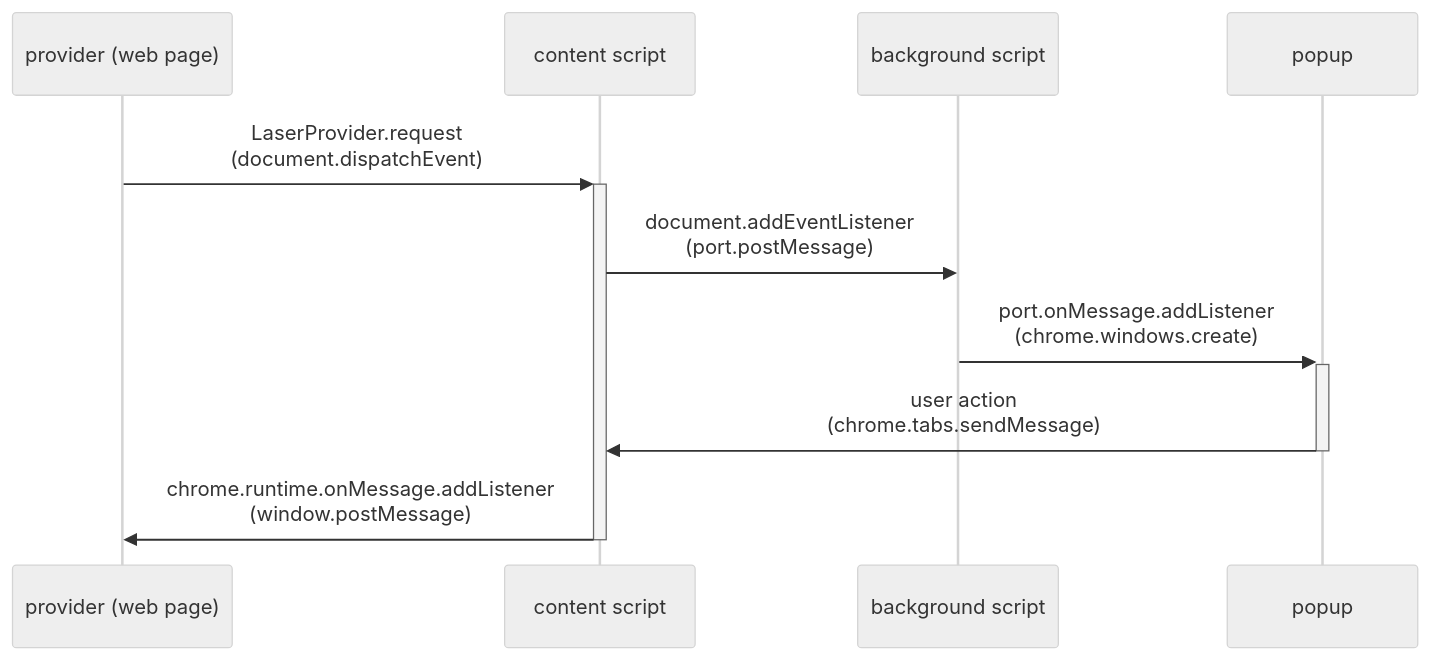
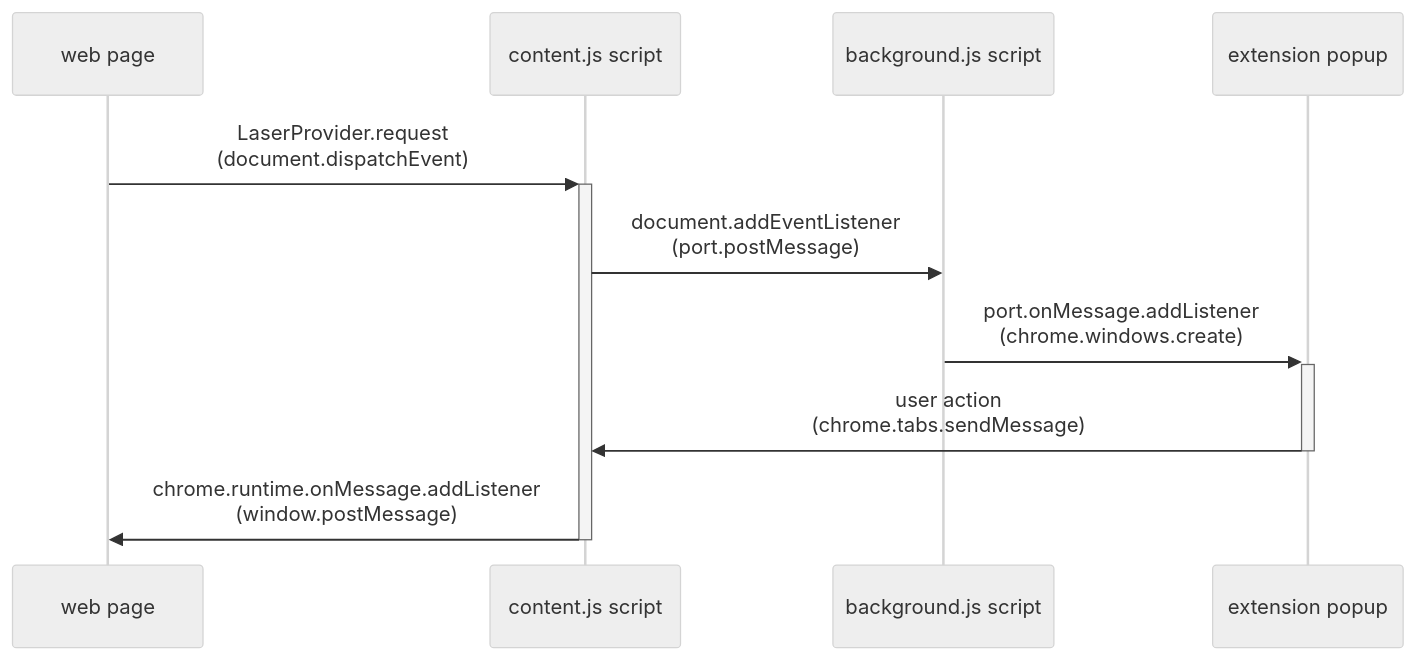
Before and after one commit to hirosystems/platform-template-stacks-wallet: the diagram in README.md, drawn with Mermaid (neutral theme).

Commit message:
adjusted wording on diagram in readme

````diff
--- a/README.md
+++ b/README.md
@@ -23,12 +23,12 @@
 ```mermaid
 sequenceDiagram
-  participant w as provider (web page)
-  participant c as content script
-  participant b as background script
-  participant p as popup
+  participant w as web page
+  participant c as content.js script
+  participant b as background.js script
+  participant p as extension popup
   w->>+c: LaserProvider.request<br/>(document.dispatchEvent)
   c->>b: document.addEventListener<br/>(port.postMessage)
   b->>+p: port.onMessage.addListener<br/>(chrome.windows.create)
   p->>-c: user action<br/>(chrome.tabs.sendMessage)
   c->>-w: chrome.runtime.onMessage.addListener<br/>(window.postMessage)
 ```
````
